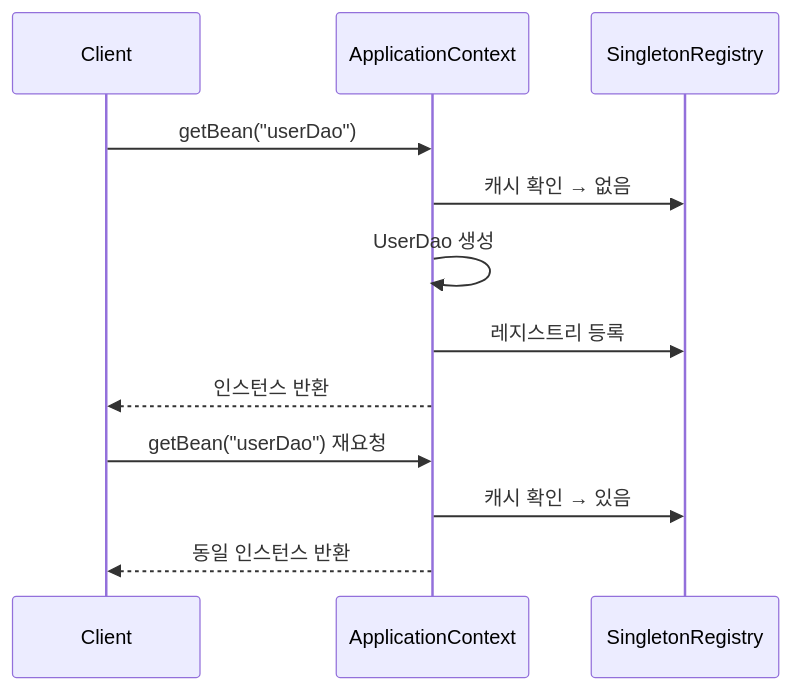
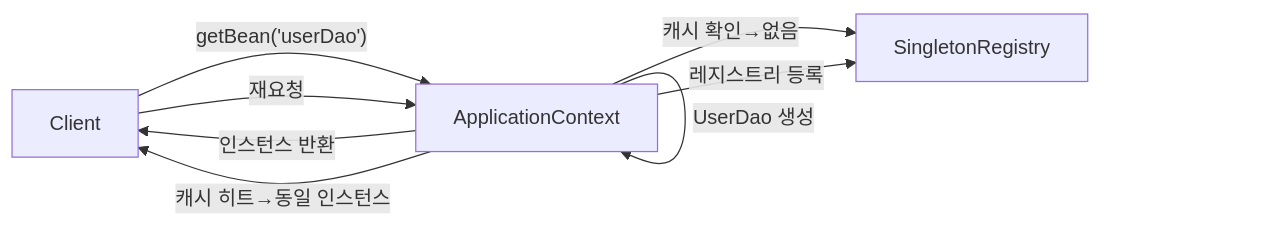
One commit to yjkim2015/yjkim2015.github.io changed the third of 6 diagrams in _posts/spring/2022-06-16-싱글톤 레지스트리와 오브젝트 스코프.md. Above: the diagram before and after it, drawn with Mermaid. The commit also changed 32 other files, not shown here.

First line of the commit message:
sequenceDiagram 82개 → graph LR 변환 완료

````diff
--- a/_posts/spring/2022-06-16-싱글톤 레지스트리와 오브젝트 스코프.md
+++ b/_posts/spring/2022-06-16-싱글톤 레지스트리와 오브젝트 스코프.md
@@ -82,14 +82,10 @@
 ```mermaid
-sequenceDiagram
-    participant C as Client
-    participant AC as ApplicationContext
-    participant SR as SingletonRegistry
-    C->>AC: getBean("userDao")
-    AC->>SR: 캐시 확인 → 없음
-    AC->>AC: UserDao 생성
-    AC->>SR: 레지스트리 등록
-    AC-->>C: 인스턴스 반환
-    C->>AC: getBean("userDao") 재요청
-    AC->>SR: 캐시 확인 → 있음
-    AC-->>C: 동일 인스턴스 반환
+graph LR
+    C["Client"] -->|"getBean('userDao')"| AC["ApplicationContext"]
+    AC -->|"캐시 확인→없음"| SR["SingletonRegistry"]
+    AC -->|"UserDao 생성"| AC
+    AC -->|"레지스트리 등록"| SR
+    AC -->|"인스턴스 반환"| C
+    C -->|"재요청"| AC
+    AC -->|"캐시 히트→동일 인스턴스"| C
 ```
````
